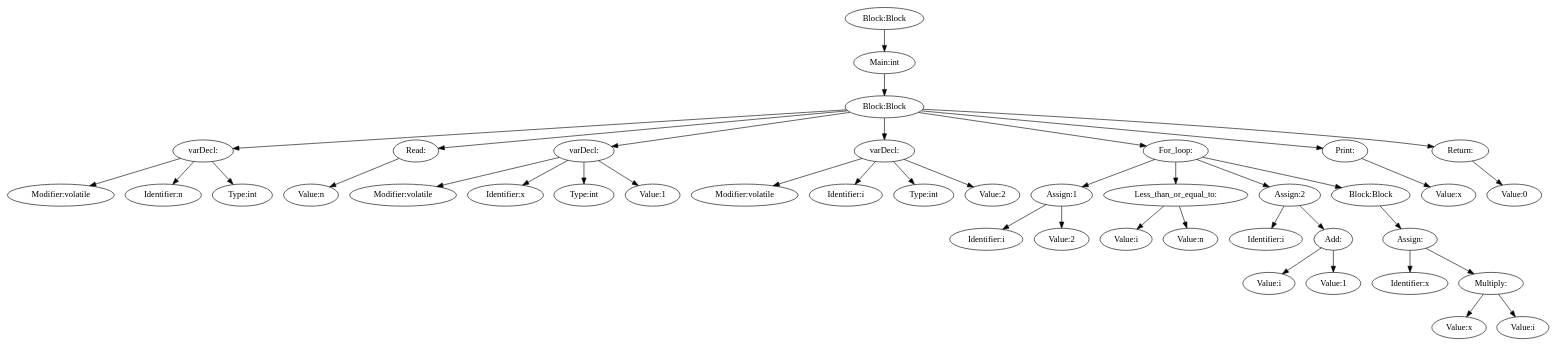
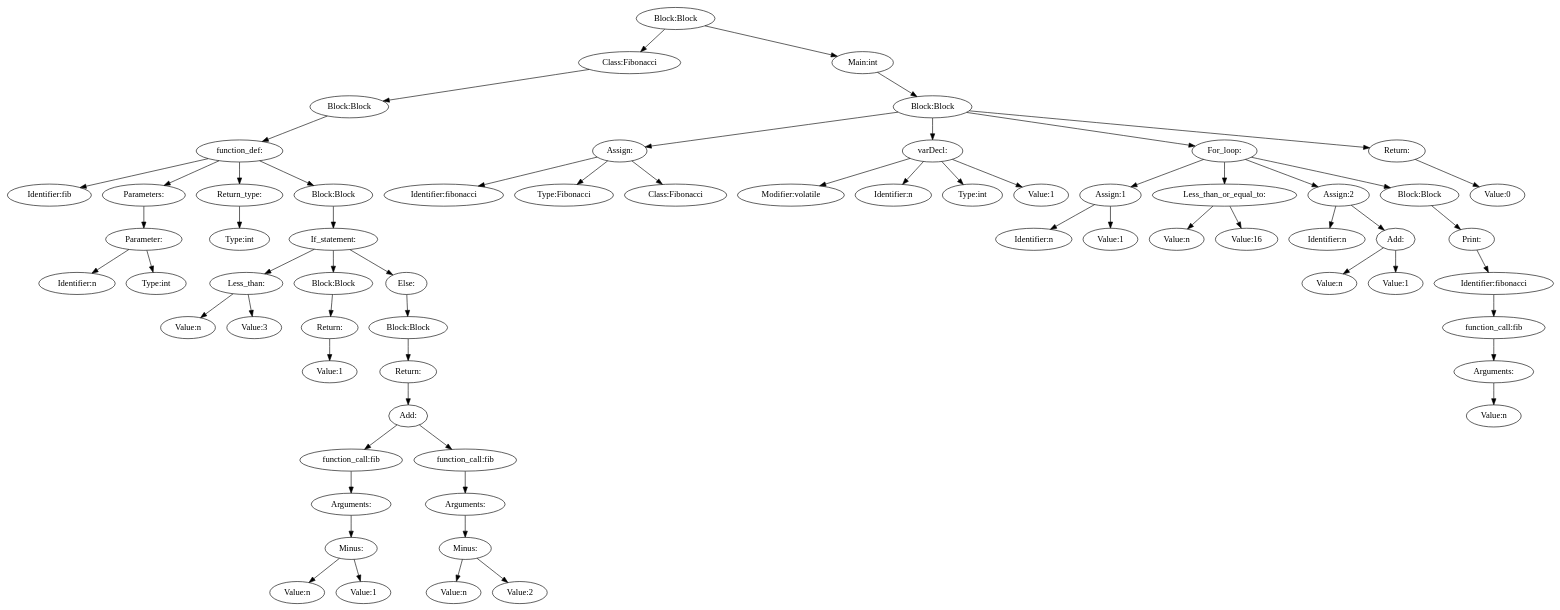
Before and after one commit to Elfving2/compiler_design_lab_1: the diagram in tree.dot, drawn with Graphviz. The commit also changed 9 other files, not shown here.

```diff
--- a/tree.dot
+++ b/tree.dot
@@ -1,83 +1,129 @@
 digraph {
 n0 [label="Block:Block"];
-n1 [label="Main:int"];
+n1 [label="Class:Fibonacci"];
 n2 [label="Block:Block"];
-n3 [label="varDecl:"];
-n4 [label="Modifier:volatile"];
+n3 [label="function_def:"];
+n4 [label="Identifier:fib"];
 n3 -> n4
-n5 [label="Identifier:n"];
+n5 [label="Parameters:"];
+n6 [label="Parameter:"];
+n7 [label="Identifier:n"];
+n6 -> n7
+n8 [label="Type:int"];
+n6 -> n8
+n5 -> n6
 n3 -> n5
-n6 [label="Type:int"];
-n3 -> n6
+n9 [label="Return_type:"];
+n10 [label="Type:int"];
+n9 -> n10
+n3 -> n9
+n11 [label="Block:Block"];
+n12 [label="If_statement:"];
+n13 [label="Less_than:"];
+n14 [label="Value:n"];
+n13 -> n14
+n15 [label="Value:3"];
+n13 -> n15
+n12 -> n13
+n16 [label="Block:Block"];
+n17 [label="Return:"];
+n18 [label="Value:1"];
+n17 -> n18
+n16 -> n17
+n12 -> n16
+n19 [label="Else:"];
+n20 [label="Block:Block"];
+n21 [label="Return:"];
+n22 [label="Add:"];
+n23 [label="function_call:fib"];
+n24 [label="Arguments:"];
+n25 [label="Minus:"];
+n26 [label="Value:n"];
+n25 -> n26
+n27 [label="Value:1"];
+n25 -> n27
+n24 -> n25
+n23 -> n24
+n22 -> n23
+n28 [label="function_call:fib"];
+n29 [label="Arguments:"];
+n30 [label="Minus:"];
+n31 [label="Value:n"];
+n30 -> n31
+n32 [label="Value:2"];
+n30 -> n32
+n29 -> n30
+n28 -> n29
+n22 -> n28
+n21 -> n22
+n20 -> n21
+n19 -> n20
+n12 -> n19
+n11 -> n12
+n3 -> n11
 n2 -> n3
-n7 [label="Read:"];
-n8 [label="Value:n"];
-n7 -> n8
-n2 -> n7
-n9 [label="varDecl:"];
-n10 [label="Modifier:volatile"];
-n9 -> n10
-n11 [label="Identifier:x"];
-n9 -> n11
-n12 [label="Type:int"];
-n9 -> n12
-n13 [label="Value:1"];
-n9 -> n13
-n2 -> n9
-n14 [label="varDecl:"];
-n15 [label="Modifier:volatile"];
-n14 -> n15
-n16 [label="Identifier:i"];
-n14 -> n16
-n17 [label="Type:int"];
-n14 -> n17
-n18 [label="Value:2"];
-n14 -> n18
-n2 -> n14
-n19 [label="For_loop:"];
-n20 [label="Assign:1"];
-n21 [label="Identifier:i"];
-n20 -> n21
-n22 [label="Value:2"];
-n20 -> n22
-n19 -> n20
-n23 [label="Less_than_or_equal_to:"];
-n24 [label="Value:i"];
-n23 -> n24
-n25 [label="Value:n"];
-n23 -> n25
-n19 -> n23
-n26 [label="Assign:2"];
-n27 [label="Identifier:i"];
-n26 -> n27
-n28 [label="Add:"];
-n29 [label="Value:i"];
-n28 -> n29
-n30 [label="Value:1"];
-n28 -> n30
-n26 -> n28
-n19 -> n26
-n31 [label="Block:Block"];
-n32 [label="Assign:"];
-n33 [label="Identifier:x"];
-n32 -> n33
-n34 [label="Multiply:"];
-n35 [label="Value:x"];
-n34 -> n35
-n36 [label="Value:i"];
-n34 -> n36
-n32 -> n34
-n31 -> n32
-n19 -> n31
-n2 -> n19
-n37 [label="Print:"];
-n38 [label="Value:x"];
-n37 -> n38
-n2 -> n37
-n39 [label="Return:"];
-n40 [label="Value:0"];
-n39 -> n40
-n2 -> n39
 n1 -> n2
 n0 -> n1
+n33 [label="Main:int"];
+n34 [label="Block:Block"];
+n35 [label="Assign:"];
+n36 [label="Identifier:fibonacci"];
+n35 -> n36
+n37 [label="Type:Fibonacci"];
+n35 -> n37
+n38 [label="Class:Fibonacci"];
+n35 -> n38
+n34 -> n35
+n39 [label="varDecl:"];
+n40 [label="Modifier:volatile"];
+n39 -> n40
+n41 [label="Identifier:n"];
+n39 -> n41
+n42 [label="Type:int"];
+n39 -> n42
+n43 [label="Value:1"];
+n39 -> n43
+n34 -> n39
+n44 [label="For_loop:"];
+n45 [label="Assign:1"];
+n46 [label="Identifier:n"];
+n45 -> n46
+n47 [label="Value:1"];
+n45 -> n47
+n44 -> n45
+n48 [label="Less_than_or_equal_to:"];
+n49 [label="Value:n"];
+n48 -> n49
+n50 [label="Value:16"];
+n48 -> n50
+n44 -> n48
+n51 [label="Assign:2"];
+n52 [label="Identifier:n"];
+n51 -> n52
+n53 [label="Add:"];
+n54 [label="Value:n"];
+n53 -> n54
+n55 [label="Value:1"];
+n53 -> n55
+n51 -> n53
+n44 -> n51
+n56 [label="Block:Block"];
+n57 [label="Print:"];
+n58 [label="Identifier:fibonacci"];
+n59 [label="function_call:fib"];
+n60 [label="Arguments:"];
+n61 [label="Value:n"];
+n60 -> n61
+n59 -> n60
+n58 -> n59
+n57 -> n58
+n56 -> n57
+n44 -> n56
+n34 -> n44
+n62 [label="Return:"];
+n63 [label="Value:0"];
+n62 -> n63
+n34 -> n62
+n33 -> n34
+n0 -> n33
 }
```
